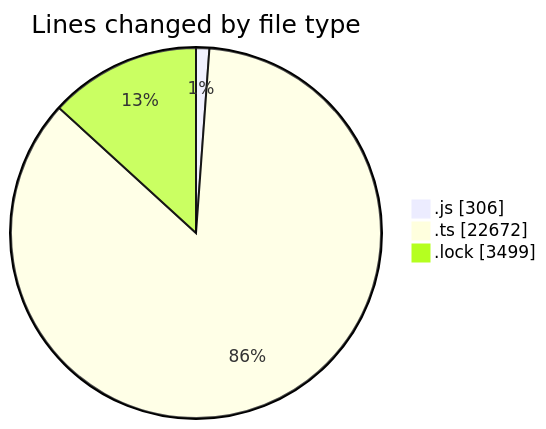
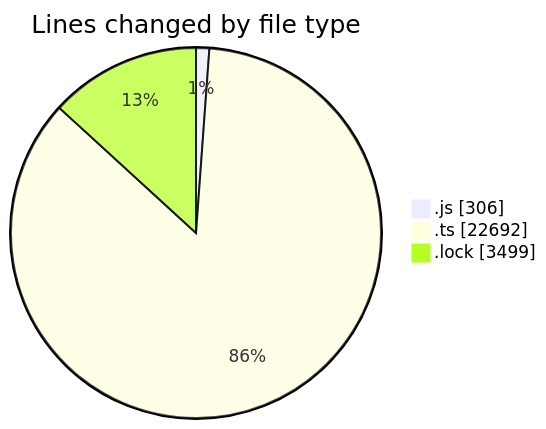
Before and after one commit to momahboobian/code-tracking: the first of 2 diagrams in 2025-05-27/cda/README.md, drawn with Mermaid. The commit also changed other lines of this file and 1 other file, not shown here.

````diff
--- a/2025-05-27/cda/README.md
+++ b/2025-05-27/cda/README.md
@@ -28,7 +28,7 @@
 ```mermaid
 pie showData
 title Lines changed by file type
 ".js" : 306
-".ts" : 22672
+".ts" : 22692
 ".lock" : 3499
 ```
````
